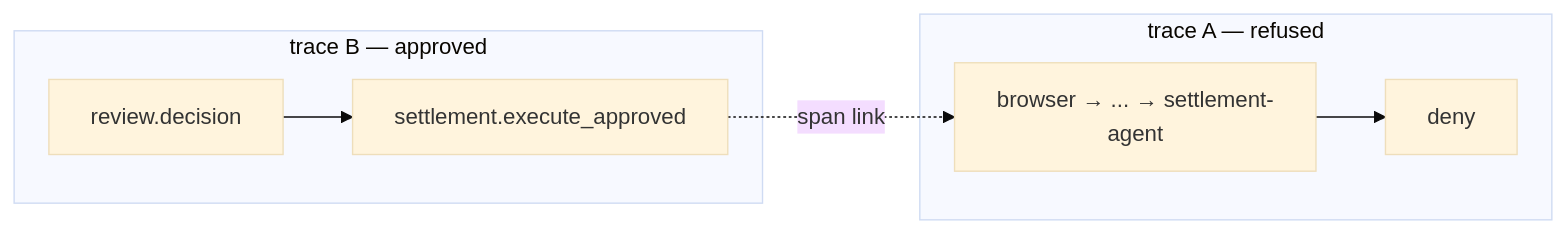
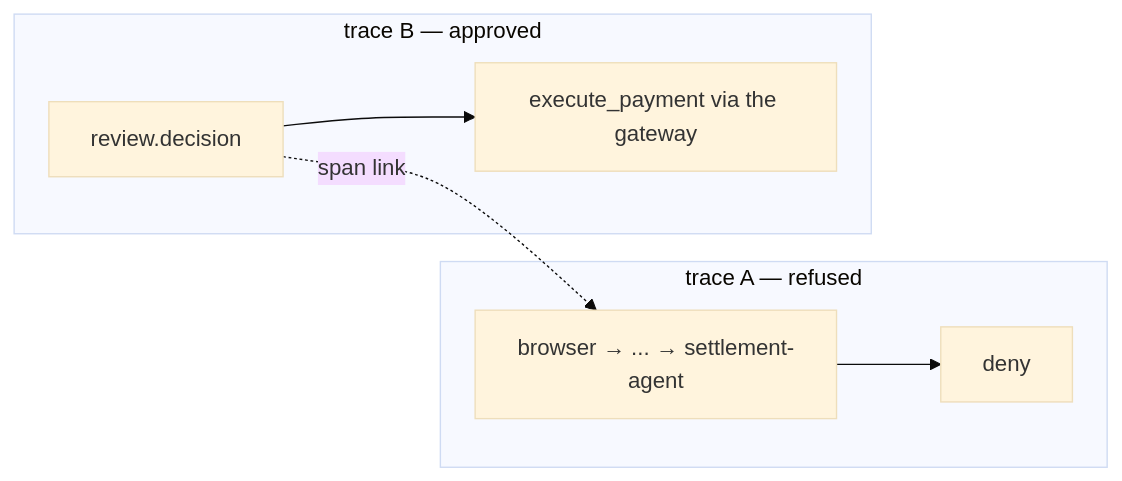
Before and after one commit to kaspernissen/aip-demo: the second of 2 diagrams in README.md, drawn with Mermaid (base theme). The commit also changed other lines of this file and 20 other files, not shown here.

```diff
--- a/README.md
+++ b/README.md
@@ -86,10 +87,10 @@
 <pre class="mermaid">
 flowchart LR
     subgraph A["trace A — refused"]
         a1["browser → ... → settlement-agent"] --> a2["deny"]
     end
     subgraph B["trace B — approved"]
-        b1["review.decision"] --> b2["settlement.execute_approved"]
+        b1["review.decision"] --> b2["execute_payment via the gateway"]
     end
-    b2 -.->|"span link"| a1
+    b1 -.->|"span link"| a1
 </pre>
```
